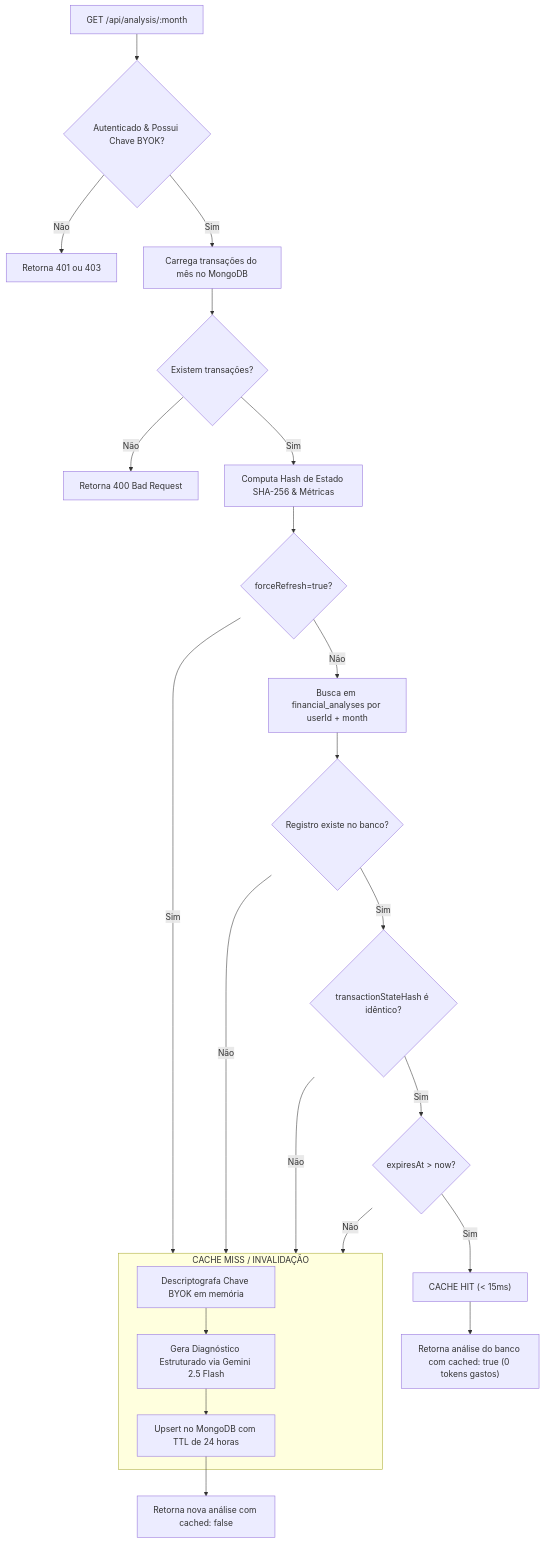
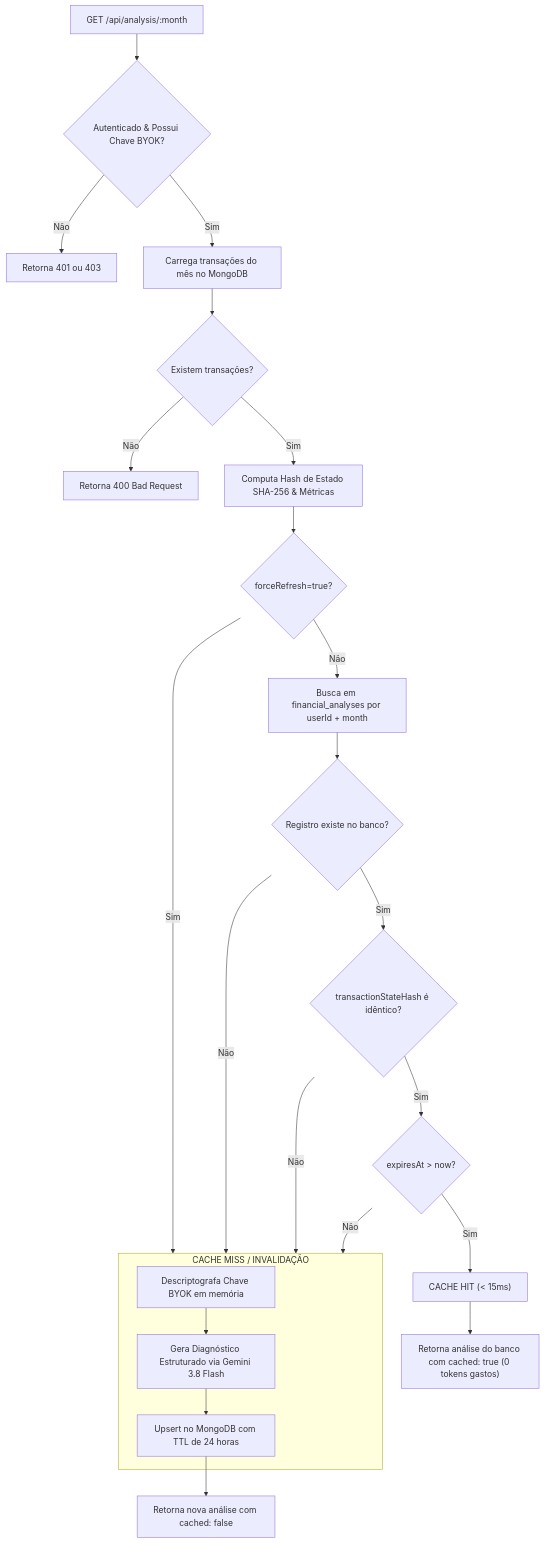
The fourth of 4 diagrams in README.md (Projeto-TCC-Dash/projeto-backend-dashboard), drawn with Mermaid before and after one commit. The commit also changed other lines of this file and 1 other file, not shown here.

Commit message:
chore(config): update default gemini model to gemini-3.8-flash

````diff
--- a/README.md
+++ b/README.md
@@ -174,33 +174,33 @@
 ```mermaid
 flowchart TD
     Req["GET /api/analysis/:month"] --> CheckAuth{"Autenticado & Possui Chave BYOK?"}
     CheckAuth -- Não --> ErrAuth["Retorna 401 ou 403"]
     CheckAuth -- Sim --> FetchTx["Carrega transações do mês no MongoDB"]
 
     FetchTx --> HasTx{"Existem transações?"}
     HasTx -- Não --> ErrEmpty["Retorna 400 Bad Request"]
     HasTx -- Sim --> CalcHash["Computa Hash de Estado SHA-256 & Métricas"]
 
     CalcHash --> CheckForce{"forceRefresh=true?"}
     CheckForce -- Sim --> MissFlow["Cache Bypassed"]
     CheckForce -- Não --> QueryCache["Busca em financial_analyses por userId + month"]
 
     QueryCache --> CacheFound{"Registro existe no banco?"}
     CacheFound -- Não --> MissFlow
     CacheFound -- Sim --> CheckHash{"transactionStateHash é idêntico?"}
     CheckHash -- Não --> MissFlow
     CheckHash -- Sim --> CheckTTL{"expiresAt > now?"}
     CheckTTL -- Não --> MissFlow
 
     CheckTTL -- Sim --> Hit["CACHE HIT (< 15ms)"]
     Hit --> ReturnHit["Retorna análise do banco com cached: true (0 tokens gastos)"]
 
     subgraph MissFlow["CACHE MISS / INVALIDAÇÃO"]
         DecKey["Descriptografa Chave BYOK em memória"]
-        CallGemini["Gera Diagnóstico Estruturado via Gemini 2.5 Flash"]
+        CallGemini["Gera Diagnóstico Estruturado via Gemini 3.8 Flash"]
         Upsert["Upsert no MongoDB com TTL de 24 horas"]
         DecKey --> CallGemini --> Upsert
     end
 
     Upsert --> ReturnMiss["Retorna nova análise com cached: false"]
 ```
````
